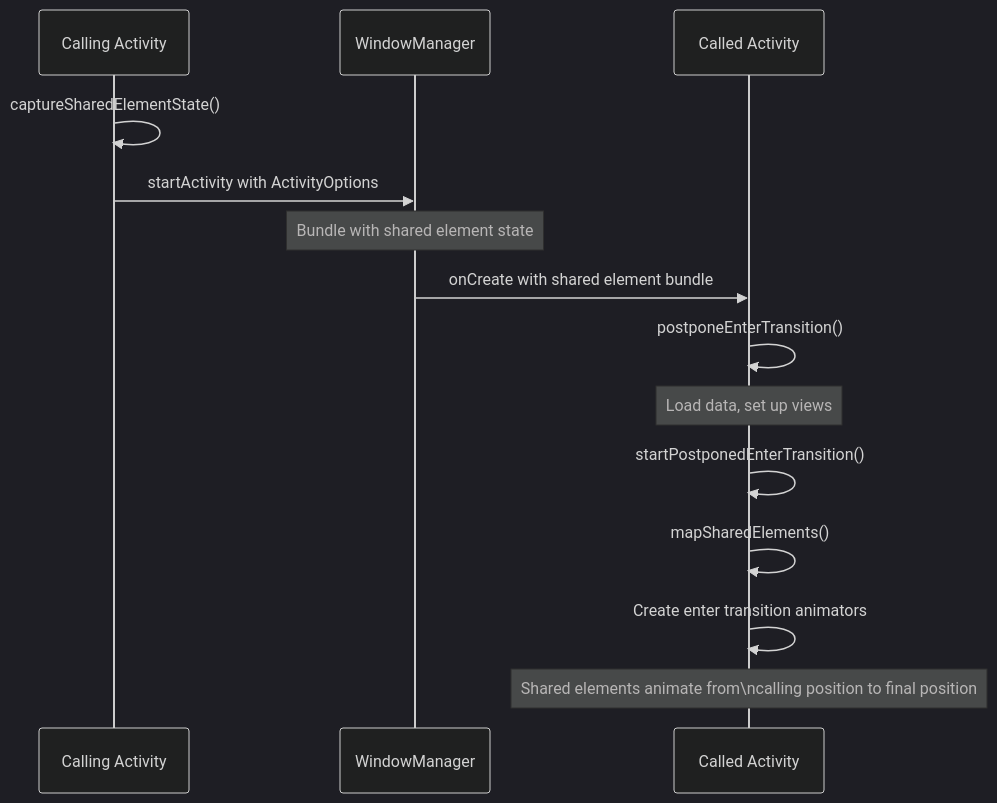
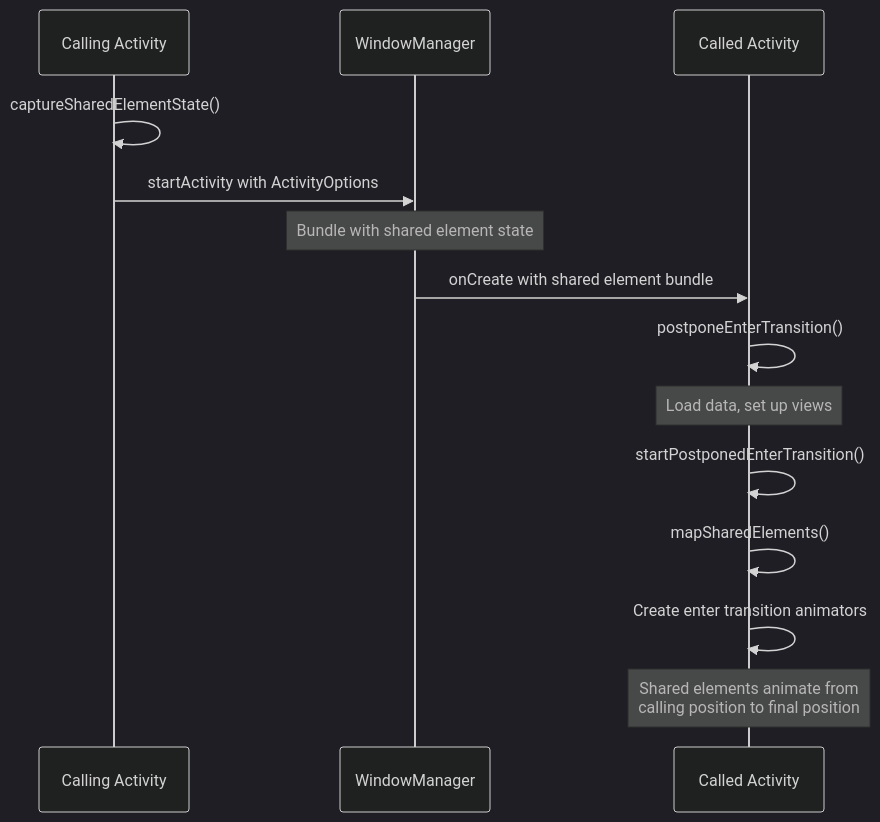
Before and after one commit to fwrite0920/aosp-internal-book: diagram 18 of 46 in 14-animation-system.md, drawn with Mermaid (dark theme). The commit also changed other lines of this file and 8 other files, not shown here.

First line of the commit message:
Fix Mermaid diagrams and formatting in Parts III-IV (chapters 8-16)

````diff
--- a/14-animation-system.md
+++ b/14-animation-system.md
@@ -1864,17 +1864,17 @@
 ```mermaid
 sequenceDiagram
     participant CallingAct as Calling Activity
     participant WM as WindowManager
     participant CalledAct as Called Activity
 
     CallingAct->>CallingAct: captureSharedElementState()
     CallingAct->>WM: startActivity with ActivityOptions
     Note over WM: Bundle with shared element state
     WM->>CalledAct: onCreate with shared element bundle
     CalledAct->>CalledAct: postponeEnterTransition()
     Note over CalledAct: Load data, set up views
     CalledAct->>CalledAct: startPostponedEnterTransition()
     CalledAct->>CalledAct: mapSharedElements()
     CalledAct->>CalledAct: Create enter transition animators
-    Note over CalledAct: Shared elements animate from\ncalling position to final position
+    Note over CalledAct: Shared elements animate from<br/>calling position to final position
 ```
````
